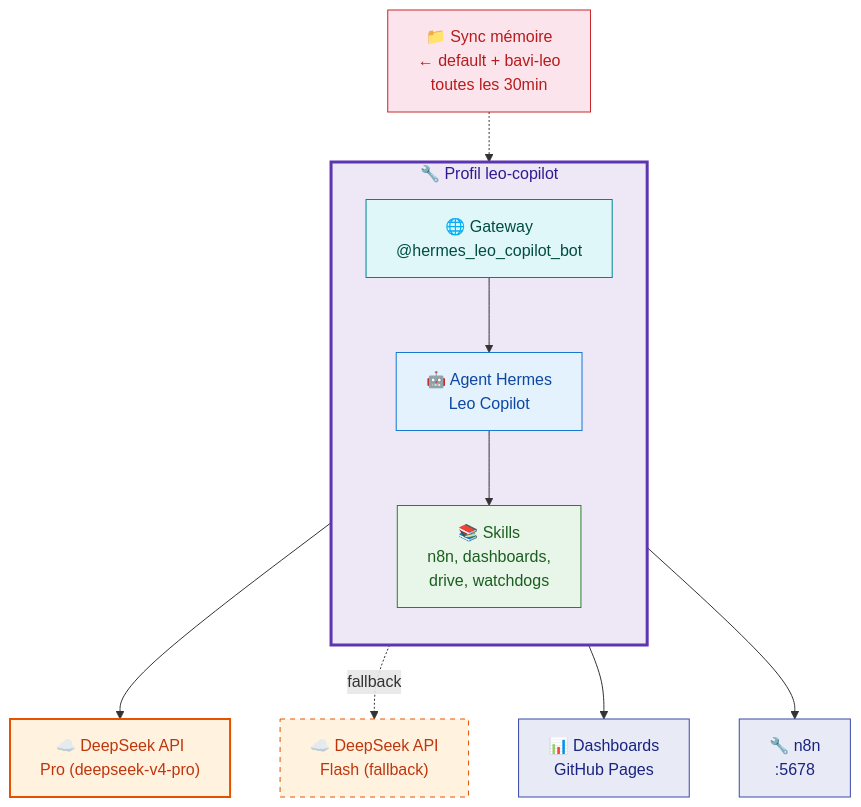
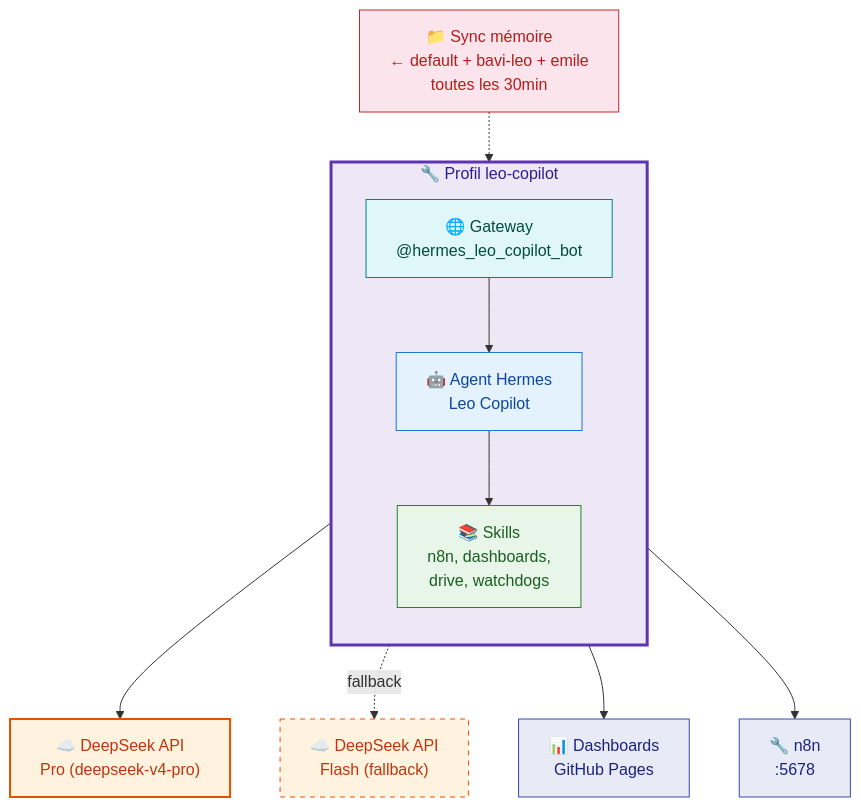
Before and after one commit to christophedanhier-hash/hermes-wiki: the third of 3 diagrams in docs/hermes/utilisation/bots-telegram.md, drawn with Mermaid. The commit also changed other lines of this file and 3 other files, not shown here.

Commit message:
fix: audit complet wiki — 25 incohérences corrigées (architecture, bots, etat-lieux, dashboards, doc-map)

````diff
--- a/docs/hermes/utilisation/bots-telegram.md
+++ b/docs/hermes/utilisation/bots-telegram.md
@@ -101,33 +114,33 @@
 ```mermaid
 flowchart TB
     subgraph COPILOT["🔧 Profil leo-copilot"]
         direction TB
         GW2["🌐 Gateway<br/>@hermes_leo_copilot_bot"]
         AGENT["🤖 Agent Hermes<br/>Leo Copilot"]
         SKILLS["📚 Skills<br/>n8n, dashboards,<br/>drive, watchdogs"]
     end
 
     DS_PRO["☁️ DeepSeek API<br/>Pro (deepseek-v4-pro)"]
     DS_FLASH["☁️ DeepSeek API<br/>Flash (fallback)"]
-    MEM["📁 Sync mémoire<br/>← default + bavi-leo<br/>toutes les 30min"]
+    MEM["📁 Sync mémoire<br/>← default + bavi-leo + emile<br/>toutes les 30min"]
     DASH["📊 Dashboards<br/>GitHub Pages"]
     N8N["🔧 n8n<br/>:5678"]
 
     GW2 --> AGENT
     AGENT --> SKILLS
     AGENT --> DS_PRO
     AGENT -.->|fallback| DS_FLASH
     MEM -.-> AGENT
     AGENT --> DASH
     AGENT --> N8N
 
     style COPILOT fill:#ede7f6,stroke:#5e35b1,stroke-width:3px,color:#311b92
     style GW2 fill:#e0f7fa,stroke:#00838f,color:#004d40
     style AGENT fill:#e3f2fd,stroke:#1976d2,color:#0d47a1
     style SKILLS fill:#e8f5e9,stroke:#2e7d32,color:#1b5e20
     style DS_PRO fill:#fff3e0,stroke:#e65100,stroke-width:2px,color:#bf360c
     style DS_FLASH fill:#fff3e0,stroke:#e65100,stroke-dasharray:5,color:#bf360c
     style MEM fill:#fce4ec,stroke:#c62828,color:#b71c1c
     style DASH fill:#e8eaf6,stroke:#3949ab,color:#1a237e
     style N8N fill:#e8eaf6,stroke:#3949ab,color:#1a237e
 ```
````
